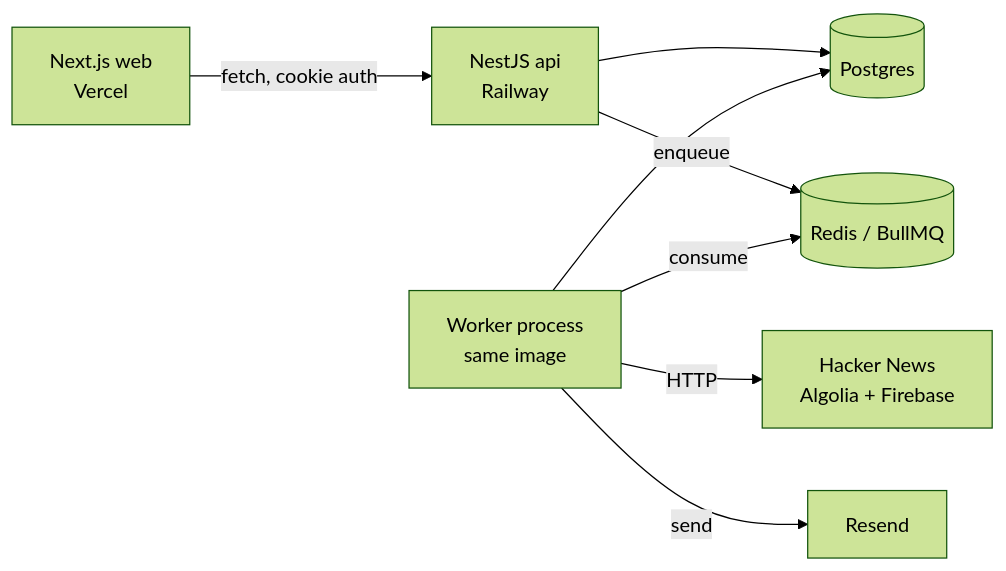
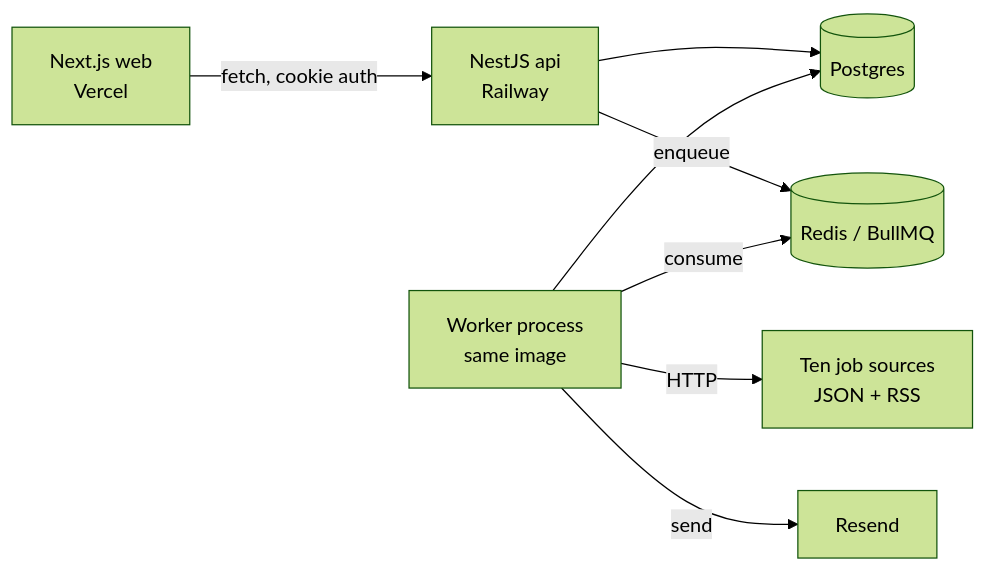
The diagram in README.md (Jadesuuu/Reel), drawn with Mermaid (forest theme) before and after one commit. The commit also changed other lines of this file and 9 other files, not shown here.

Commit message:
docs: v2 case-study README with ten sources, pipeline tracking, and the demo build

````diff
--- a/README.md
+++ b/README.md
@@ -34,10 +46,10 @@
 ```mermaid
 flowchart LR
   Web[Next.js web<br/>Vercel] -->|fetch, cookie auth| API[NestJS api<br/>Railway]
   API --> PG[(Postgres)]
   API -->|enqueue| R[(Redis / BullMQ)]
   W[Worker process<br/>same image] -->|consume| R
   W --> PG
-  W -->|HTTP| HN[Hacker News<br/>Algolia + Firebase]
+  W -->|HTTP| S[Ten job sources<br/>JSON + RSS]
   W -->|send| M[Resend]
 ```
````
